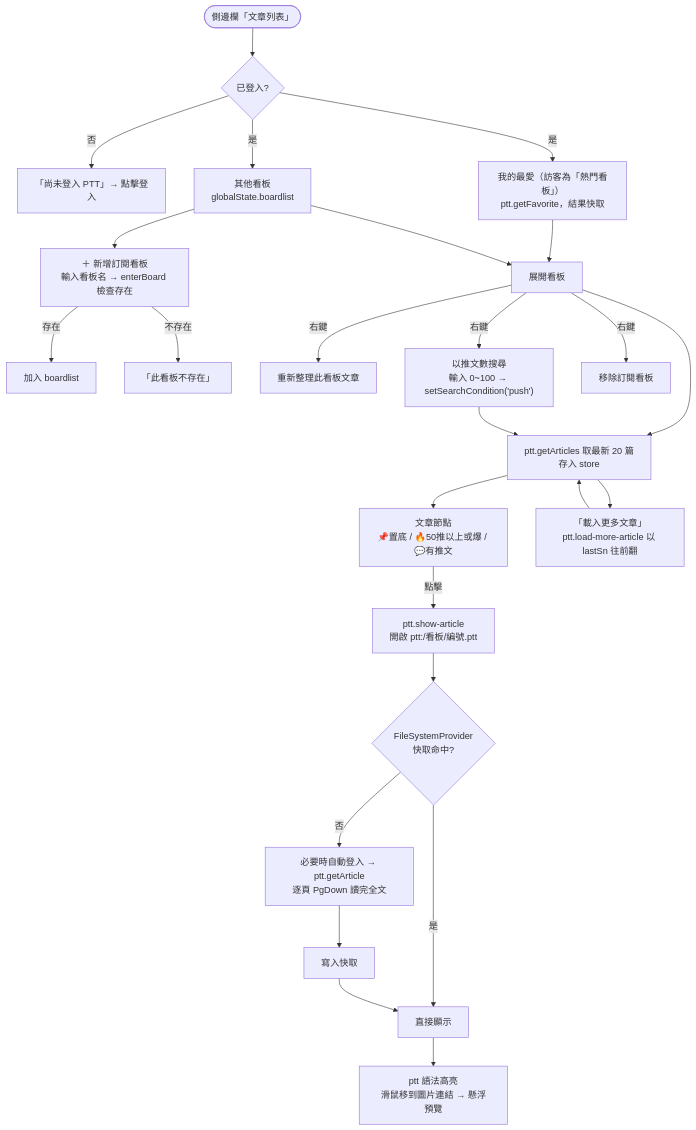
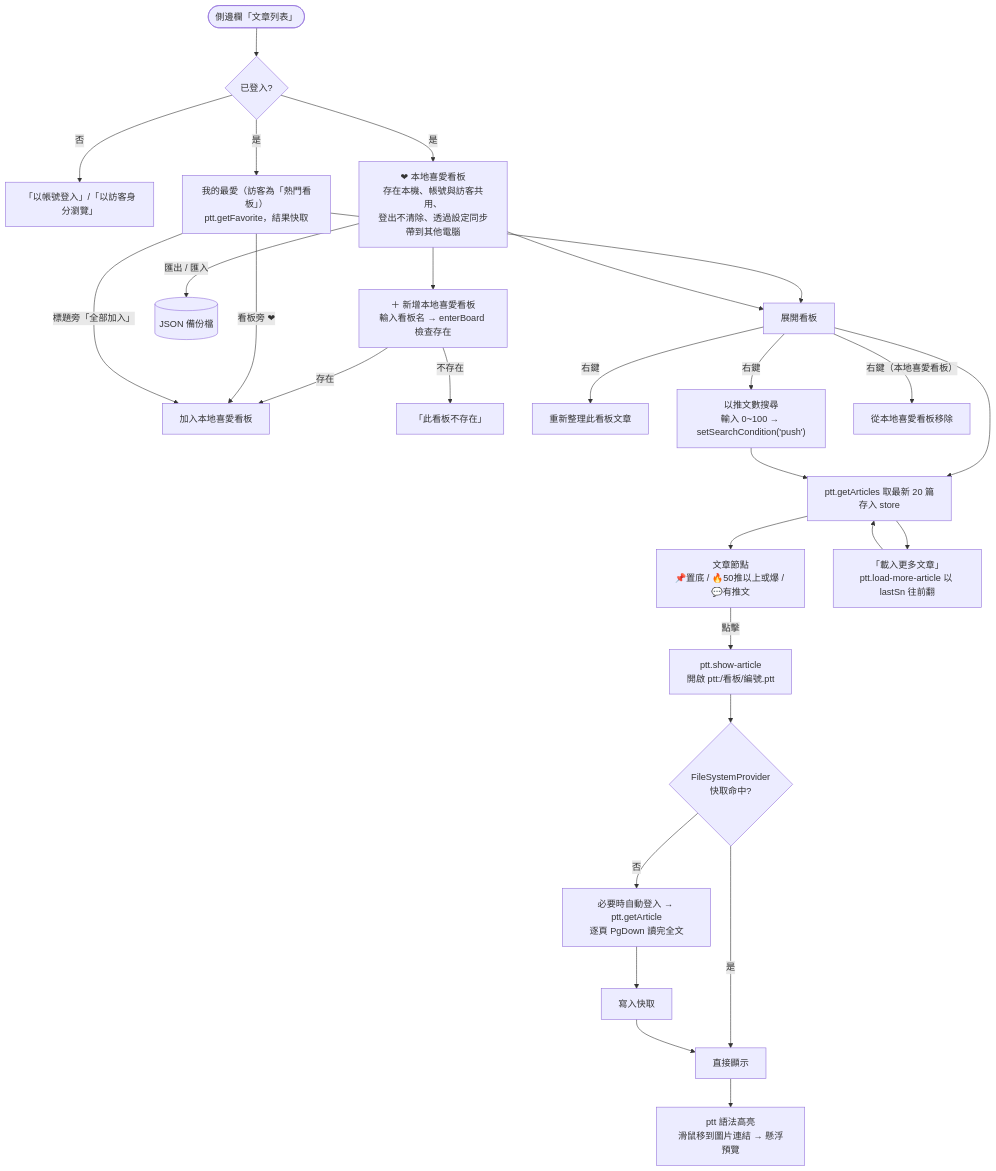
One commit to kalpy-HI/vscode-ptt changed the third of 4 diagrams in docs/ARCHITECTURE.md. Above: the diagram before and after it, drawn with Mermaid. The commit also changed other lines of this file and 7 other files, not shown here.

````diff
--- a/docs/ARCHITECTURE.md
+++ b/docs/ARCHITECTURE.md
@@ -74,27 +75,30 @@
 ```mermaid
 flowchart TD
   A([側邊欄「文章列表」]) --> B{已登入?}
-  B -- 否 --> L[「尚未登入 PTT」→ 點擊登入]
+  B -- 否 --> L[「以帳號登入」/「以訪客身分瀏覽」]
+  B -- 是 --> D[❤ 本地喜愛看板<br/>存在本機、帳號與訪客共用、<br/>登出不清除、透過設定同步帶到其他電腦]
   B -- 是 --> C[我的最愛（訪客為「熱門看板」）<br/>ptt.getFavorite，結果快取]
-  B -- 是 --> D[其他看板<br/>globalState.boardlist]
 
-  D --> D1["＋ 新增訂閱看板<br/>輸入看板名 → enterBoard 檢查存在"]
-  D1 -- 存在 --> D2[加入 boardlist]
+  D --> D1["＋ 新增本地喜愛看板<br/>輸入看板名 → enterBoard 檢查存在"]
+  D1 -- 存在 --> D2[加入本地喜愛看板]
   D1 -- 不存在 --> D3[「此看板不存在」]
+  C -- 看板旁 ❤ --> D2
+  C -- 標題旁「全部加入」--> D2
+  D -- 匯出 / 匯入 --> D4[(JSON 備份檔)]
 
   C & D --> E[展開看板]
   E --> F[ptt.getArticles 取最新 20 篇<br/>存入 store]
   F --> G[文章節點<br/>📌置底 / 🔥50推以上或爆 / 💬有推文]
   F --> H[「載入更多文章」<br/>ptt.load-more-article 以 lastSn 往前翻]
   H --> F
 
   G -- 點擊 --> I["ptt.show-article<br/>開啟 ptt:/看板/編號.ptt"]
   I --> J{FileSystemProvider<br/>快取命中?}
   J -- 是 --> K[直接顯示]
   J -- 否 --> J1[必要時自動登入 → ptt.getArticle<br/>逐頁 PgDown 讀完全文] --> J2[寫入快取] --> K
   K --> K1[ptt 語法高亮<br/>滑鼠移到圖片連結 → 懸浮預覽]
 
   E -- 右鍵 --> R1[重新整理此看板文章]
   E -- 右鍵 --> R2["以推文數搜尋<br/>輸入 0~100 → setSearchCondition('push')"] --> F
-  E -- 右鍵 --> R3[移除訂閱看板]
+  E -- 右鍵（本地喜愛看板）--> R3[從本地喜愛看板移除]
 ```
````
